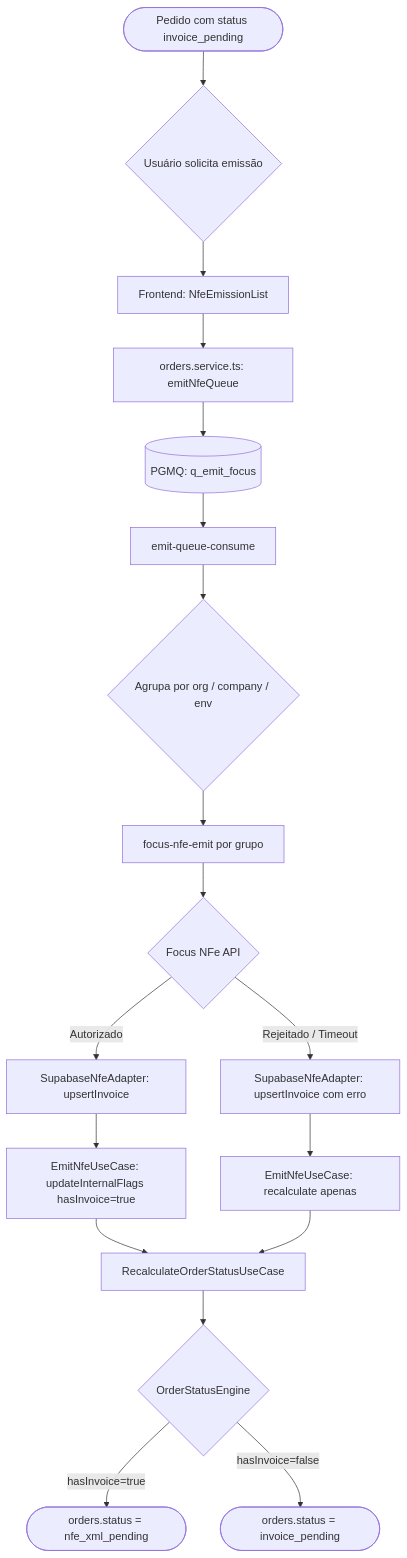
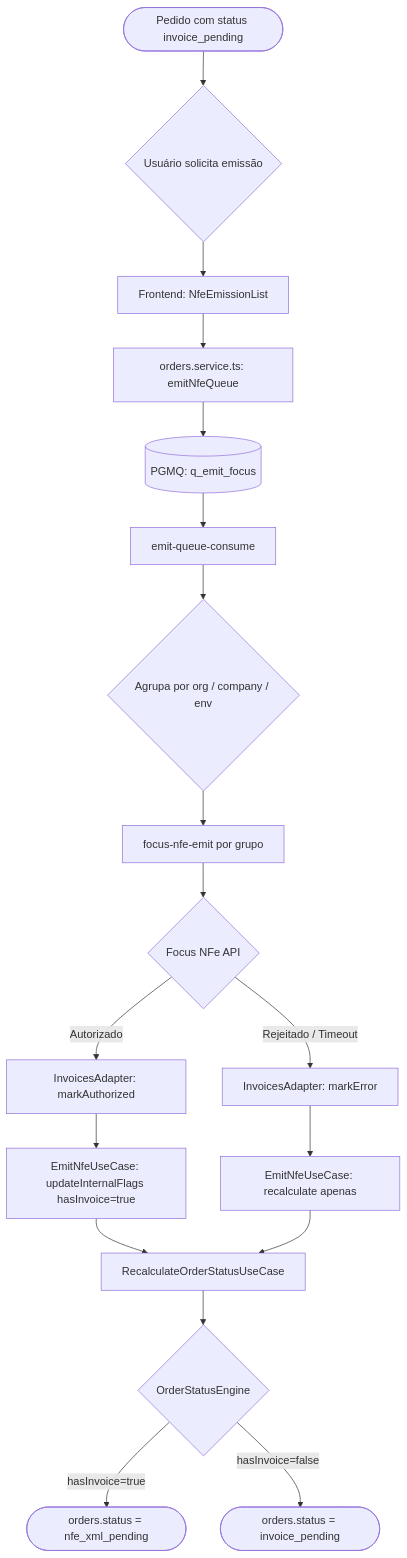
Before and after one commit to JhowPitanga/Novura-V1: the diagram in docs/FLUXO_EMISSAO_NF.md, drawn with Mermaid. The commit also changed other lines of this file and 22 other files, not shown here.

First line of the commit message:
feat(nfe): migração canônica para invoices e alinhamento do fluxo Focus/marketplaces

````diff
--- a/docs/FLUXO_EMISSAO_NF.md
+++ b/docs/FLUXO_EMISSAO_NF.md
@@ -7,20 +7,20 @@
 ```mermaid
 flowchart TD
     A([Pedido com status invoice_pending]) --> B{Usuário solicita emissão}
     B --> C[Frontend: NfeEmissionList]
     C --> D[orders.service.ts: emitNfeQueue]
     D --> E[(PGMQ: q_emit_focus)]
     E --> F[emit-queue-consume]
     F --> G{Agrupa por org / company / env}
     G --> H[focus-nfe-emit por grupo]
     H --> I{Focus NFe API}
-    I -->|Autorizado| J[SupabaseNfeAdapter: upsertInvoice]
-    I -->|Rejeitado / Timeout| K[SupabaseNfeAdapter: upsertInvoice com erro]
+    I -->|Autorizado| J[InvoicesAdapter: markAuthorized]
+    I -->|Rejeitado / Timeout| K[InvoicesAdapter: markError]
     J --> L[EmitNfeUseCase: updateInternalFlags hasInvoice=true]
     K --> M[EmitNfeUseCase: recalculate apenas]
     L --> N[RecalculateOrderStatusUseCase]
     M --> N
     N --> O{OrderStatusEngine}
     O -->|hasInvoice=true| P([orders.status = nfe_xml_pending])
     O -->|hasInvoice=false| Q([orders.status = invoice_pending])
 ```
````
